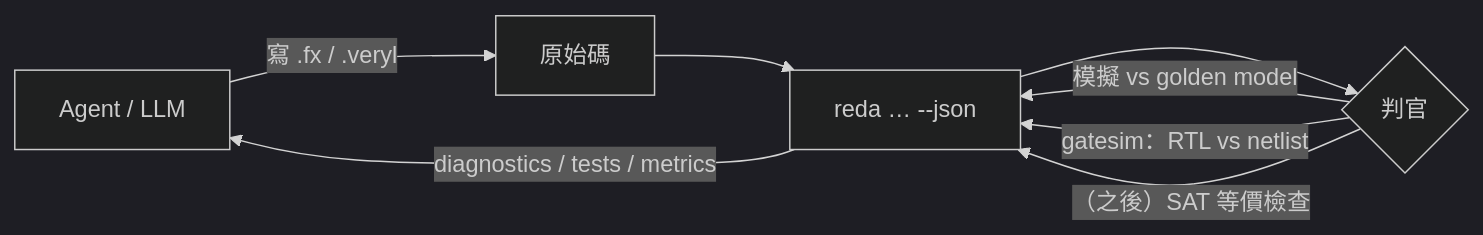
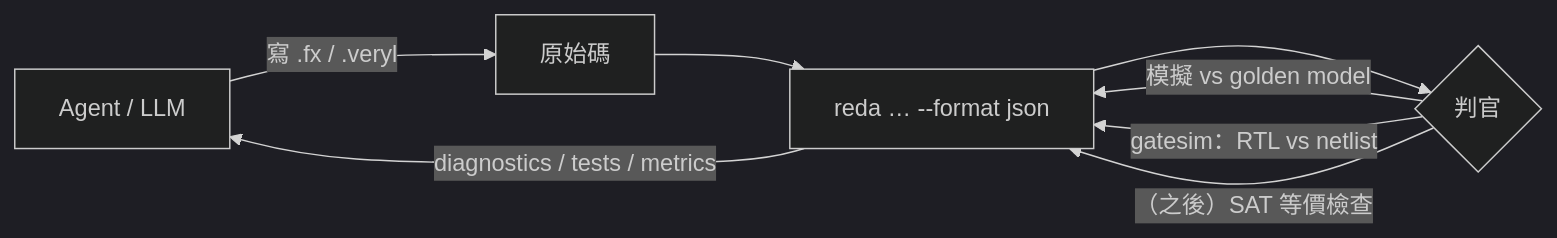
One commit to ccc-eda/rueda changed the diagram in docs/note/ai-feedback.md. Above: the diagram before and after it, drawn with Mermaid (dark theme). The commit also changed other lines of this file and 8 other files, not shown here.

First line of the commit message:
reda --format json: one JSON report (rueda/1) for AI agents, Fluxa sim/test/list/synth/fpga

````diff
--- a/docs/note/ai-feedback.md
+++ b/docs/note/ai-feedback.md
@@ -15,10 +15,10 @@
 ```mermaid
 flowchart LR
     A[Agent / LLM] -- 寫 .fx / .veryl --> S[原始碼]
-    S --> R["reda … --json"]
+    S --> R["reda … --format json"]
     R -- "diagnostics / tests / metrics" --> A
     R --> J{判官}
     J -- 模擬 vs golden model --> R
     J -- gatesim：RTL vs netlist --> R
     J -- "（之後）SAT 等價檢查" --> R
 ```
````
